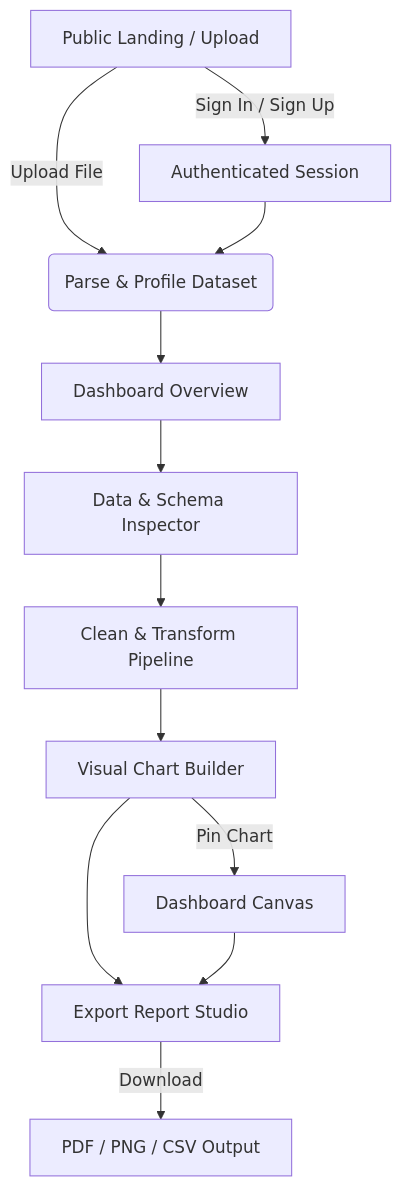
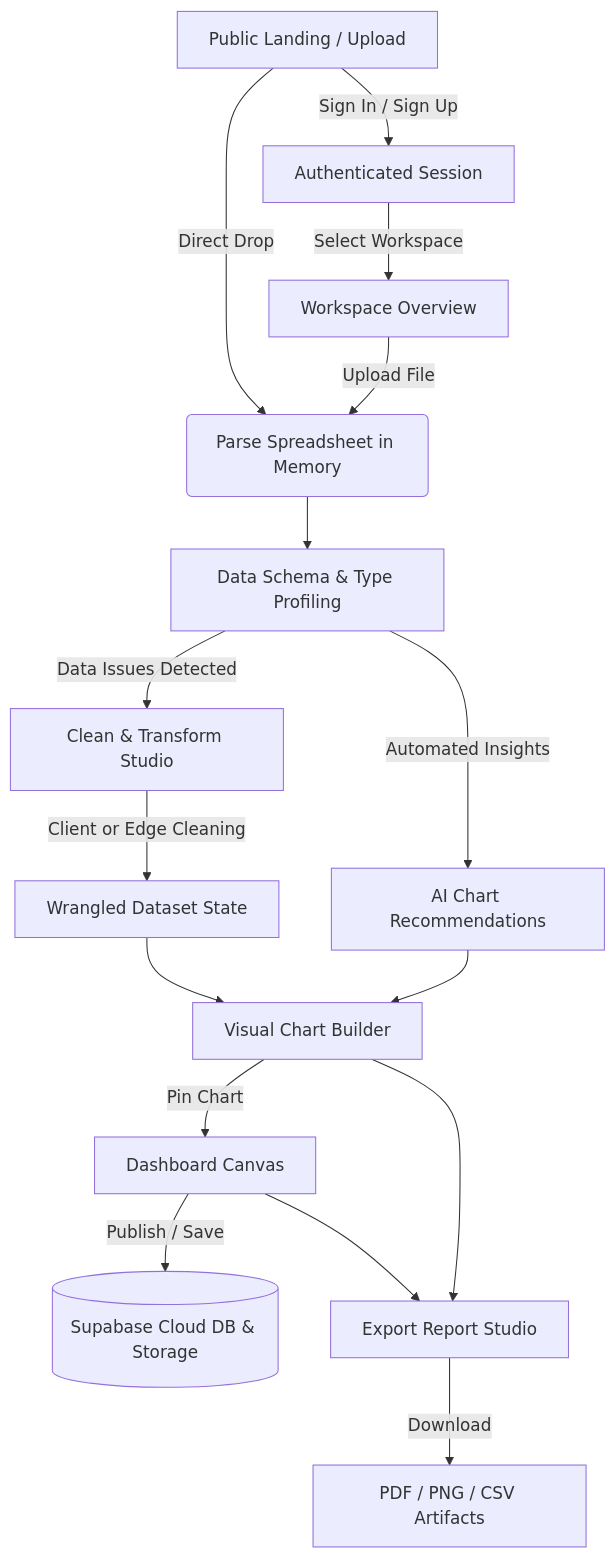
The first of 3 diagrams in documentation/PRD.md (tanaydas-mopo/DataVista), drawn with Mermaid before and after one commit. The commit also changed other lines of this file and 27 other files, not shown here.

````diff
--- a/documentation/PRD.md
+++ b/documentation/PRD.md
@@ -72,14 +79,18 @@
 ```mermaid
 flowchart TD
-    A[Public Landing / Upload] -->|Upload File| B(Parse & Profile Dataset)
-    A -->|Sign In / Sign Up| C[Authenticated Session]
-    C --> B
-    B --> D[Dashboard Overview]
-    D --> E[Data & Schema Inspector]
-    E --> F[Clean & Transform Pipeline]
-    F --> G[Visual Chart Builder]
-    G -->|Pin Chart| H[Dashboard Canvas]
-    G --> I[Export Report Studio]
-    H --> I
-    I -->|Download| J[PDF / PNG / CSV Output]
+    A[Public Landing / Upload] -->|Sign In / Sign Up| B[Authenticated Session]
+    A -->|Direct Drop| C(Parse Spreadsheet in Memory)
+    B -->|Select Workspace| D[Workspace Overview]
+    D -->|Upload File| C
+    C --> E[Data Schema & Type Profiling]
+    E -->|Automated Insights| F[AI Chart Recommendations]
+    E -->|Data Issues Detected| G[Clean & Transform Studio]
+    G -->|Client or Edge Cleaning| H[Wrangled Dataset State]
+    H --> I[Visual Chart Builder]
+    F --> I
+    I -->|Pin Chart| J[Dashboard Canvas]
+    J -->|Publish / Save| K[(Supabase Cloud DB & Storage)]
+    J --> L[Export Report Studio]
+    I --> L
+    L -->|Download| M[PDF / PNG / CSV Artifacts]
 ```
````
